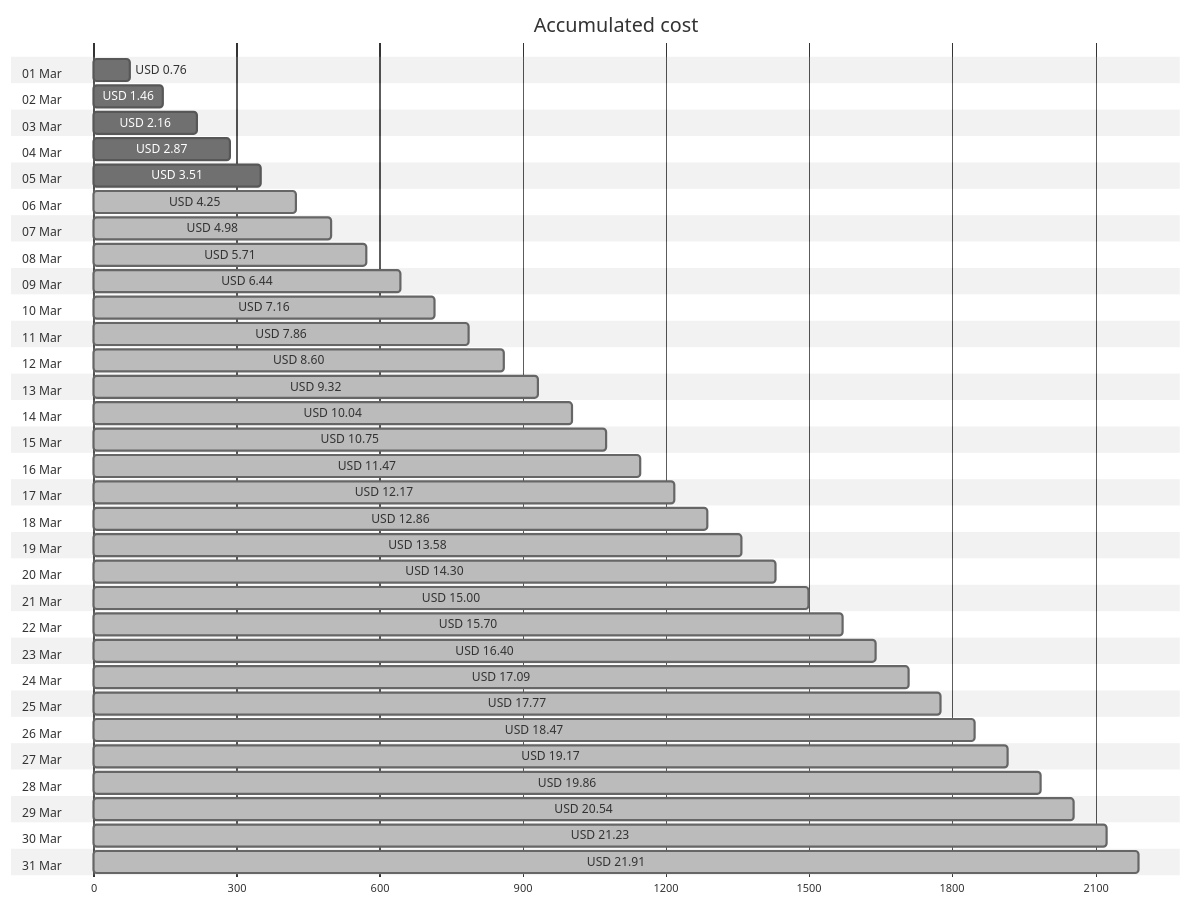
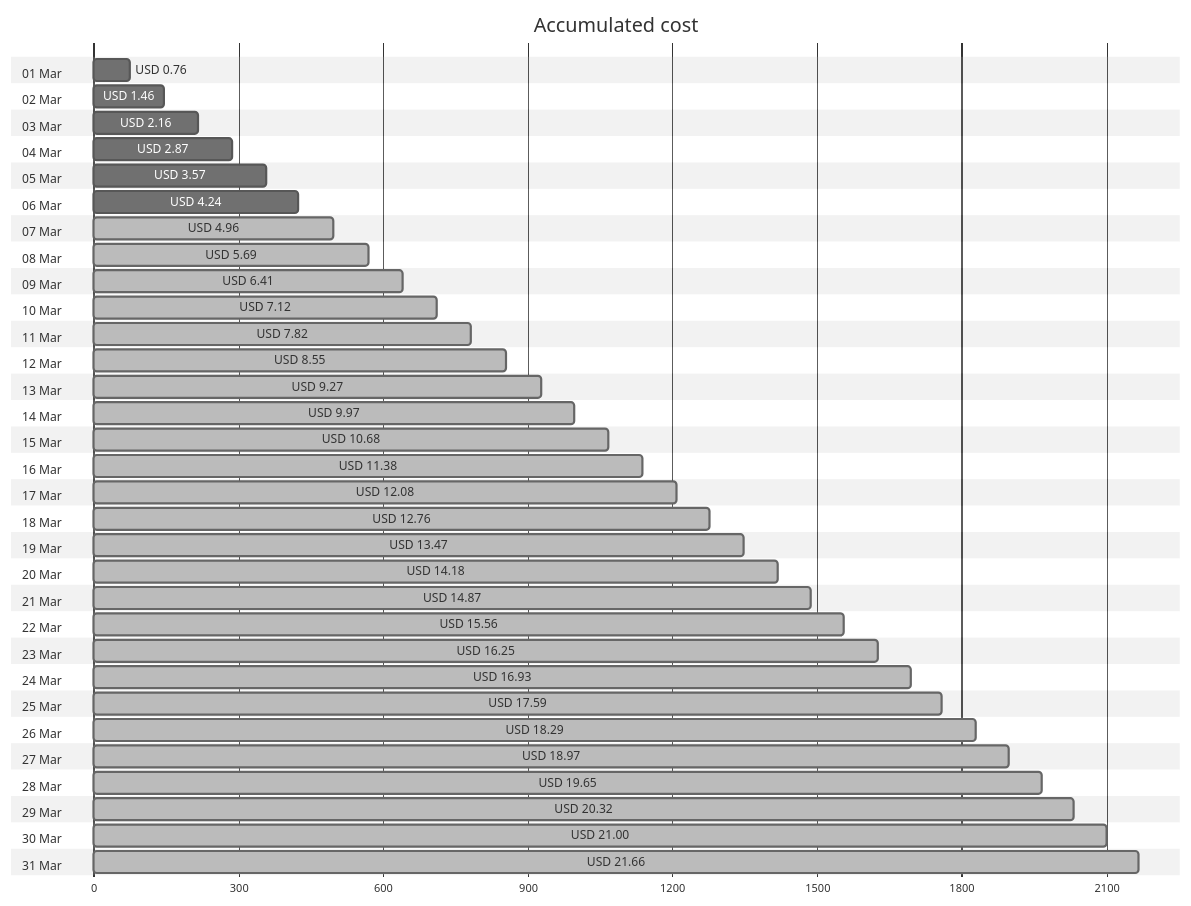
The first of 4 diagrams in cost-reports/personal-network/backup-server-data-disk.md (jpfulton/azure-personal-reports), drawn with Mermaid (neutral theme) before and after one commit. The commit also changed other lines of this file and 8 other files, not shown here.

````diff
--- a/cost-reports/personal-network/backup-server-data-disk.md
+++ b/cost-reports/personal-network/backup-server-data-disk.md
@@ -20,68 +20,68 @@
 ```mermaid
 gantt
    title Accumulated cost
    dateFormat  X
    axisFormat %s
    section 01 Mar
    USD 0.76 :0, 76
    section 02 Mar
    USD 1.46 :0, 146
    section 03 Mar
    USD 2.16 :0, 216
    section 04 Mar
    USD 2.87 :0, 287
    section 05 Mar
-   USD 3.51 :0, 351
+   USD 3.57 :0, 357
    section 06 Mar
-   USD 4.25 : done, 0, 425
+   USD 4.24 :0, 424
    section 07 Mar
-   USD 4.98 : done, 0, 498
+   USD 4.96 : done, 0, 496
    section 08 Mar
-   USD 5.71 : done, 0, 571
+   USD 5.69 : done, 0, 569
    section 09 Mar
-   USD 6.44 : done, 0, 644
+   USD 6.41 : done, 0, 641
    section 10 Mar
-   USD 7.16 : done, 0, 716
+   USD 7.12 : done, 0, 712
    section 11 Mar
-   USD 7.86 : done, 0, 786
+   USD 7.82 : done, 0, 782
    section 12 Mar
-   USD 8.60 : done, 0, 860
+   USD 8.55 : done, 0, 855
    section 13 Mar
-   USD 9.32 : done, 0, 932
+   USD 9.27 : done, 0, 927
    section 14 Mar
-   USD 10.04 : done, 0, 1004
+   USD 9.97 : done, 0, 997
    section 15 Mar
-   USD 10.75 : done, 0, 1075
+   USD 10.68 : done, 0, 1068
    section 16 Mar
-   USD 11.47 : done, 0, 1147
+   USD 11.38 : done, 0, 1138
    section 17 Mar
-   USD 12.17 : done, 0, 1217
+   USD 12.08 : done, 0, 1208
    section 18 Mar
-   USD 12.86 : done, 0, 1286
+   USD 12.76 : done, 0, 1276
    section 19 Mar
-   USD 13.58 : done, 0, 1358
+   USD 13.47 : done, 0, 1347
    section 20 Mar
-   USD 14.30 : done, 0, 1430
+   USD 14.18 : done, 0, 1418
    section 21 Mar
-   USD 15.00 : done, 0, 1500
+   USD 14.87 : done, 0, 1487
    section 22 Mar
-   USD 15.70 : done, 0, 1570
+   USD 15.56 : done, 0, 1556
    section 23 Mar
-   USD 16.40 : done, 0, 1640
+   USD 16.25 : done, 0, 1625
    section 24 Mar
-   USD 17.09 : done, 0, 1709
+   USD 16.93 : done, 0, 1693
    section 25 Mar
-   USD 17.77 : done, 0, 1777
+   USD 17.59 : done, 0, 1759
    section 26 Mar
-   USD 18.47 : done, 0, 1847
+   USD 18.29 : done, 0, 1829
    section 27 Mar
-   USD 19.17 : done, 0, 1917
+   USD 18.97 : done, 0, 1897
    section 28 Mar
-   USD 19.86 : done, 0, 1986
+   USD 19.65 : done, 0, 1965
    section 29 Mar
-   USD 20.54 : done, 0, 2054
+   USD 20.32 : done, 0, 2032
    section 30 Mar
-   USD 21.23 : done, 0, 2123
+   USD 21.00 : done, 0, 2100
    section 31 Mar
-   USD 21.91 : done, 0, 2191
+   USD 21.66 : done, 0, 2166
 ```
````
